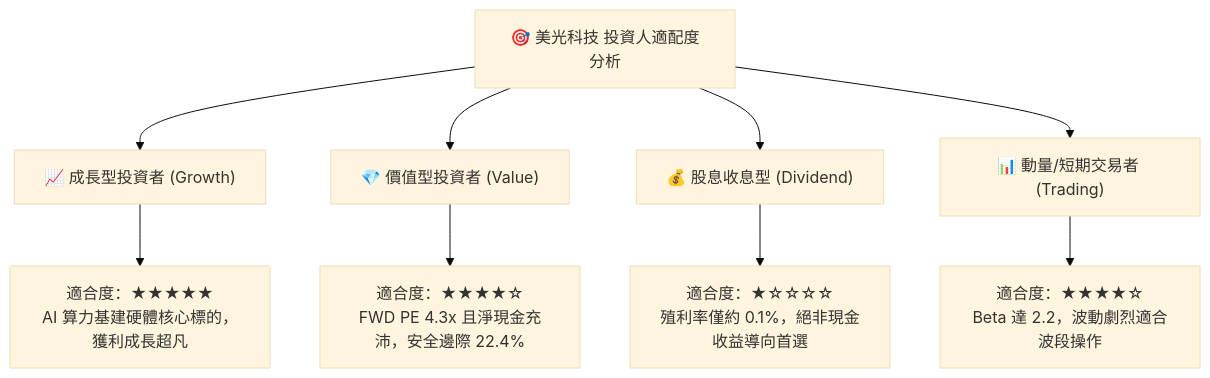
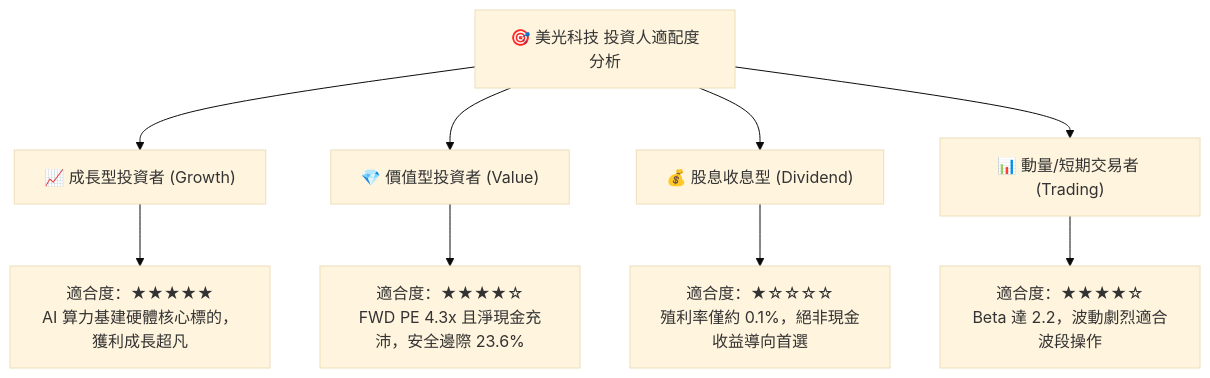
Before and after one commit to yennanliu/finance_data: diagram 15 of 15 in ai_gen_report/fundamental/mu/fundamental_analysis_2026-10-21_gemini.md, drawn with Mermaid (base theme). The commit also changed other lines of this file and 339 other files, not shown here.

````diff
--- a/ai_gen_report/fundamental/mu/fundamental_analysis_2026-10-21_gemini.md
+++ b/ai_gen_report/fundamental/mu/fundamental_analysis_2026-10-21_gemini.md
@@ -1064,14 +1079,14 @@
 ```mermaid
 graph TD
     INV["🎯 美光科技 投資人適配度分析"]
 
     INV --> G["📈 成長型投資者 (Growth)"]
     INV --> V["💎 價值型投資者 (Value)"]
     INV --> D["💰 股息收息型 (Dividend)"]
     INV --> T["📊 動量/短期交易者 (Trading)"]
 
     G --> G1["適合度：★★★★★<br/>AI 算力基建硬體核心標的，獲利成長超凡"]
-    V --> V1["適合度：★★★★☆<br/>FWD PE 4.3x 且淨現金充沛，安全邊際 22.4%"]
+    V --> V1["適合度：★★★★☆<br/>FWD PE 4.3x 且淨現金充沛，安全邊際 23.6%"]
     D --> D1["適合度：★☆☆☆☆<br/>殖利率僅約 0.1%，絕非現金收益導向首選"]
     T --> T1["適合度：★★★★☆<br/>Beta 達 2.2，波動劇烈適合波段操作"]
 ```
````
